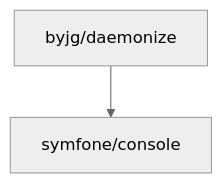
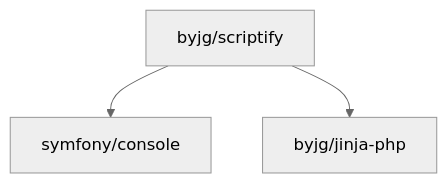
The diagram in docs/php/scriptify/README.md (byjg/byjg.github.io), drawn with Mermaid (neutral theme) before and after one commit. The commit also changed other lines of this file and 8 other files, not shown here.

Commit message:
Update documentation 'php' 'php-scriptify'

````diff
--- a/docs/php/scriptify/README.md
+++ b/docs/php/scriptify/README.md
@@ -54,4 +58,5 @@
-```mermaid  
-flowchart TD  
-    byjg/daemonize --> symfone/console  
+```mermaid
+flowchart TD
+    byjg/scriptify --> symfony/console
+    byjg/scriptify --> byjg/jinja-php
 ```
````
